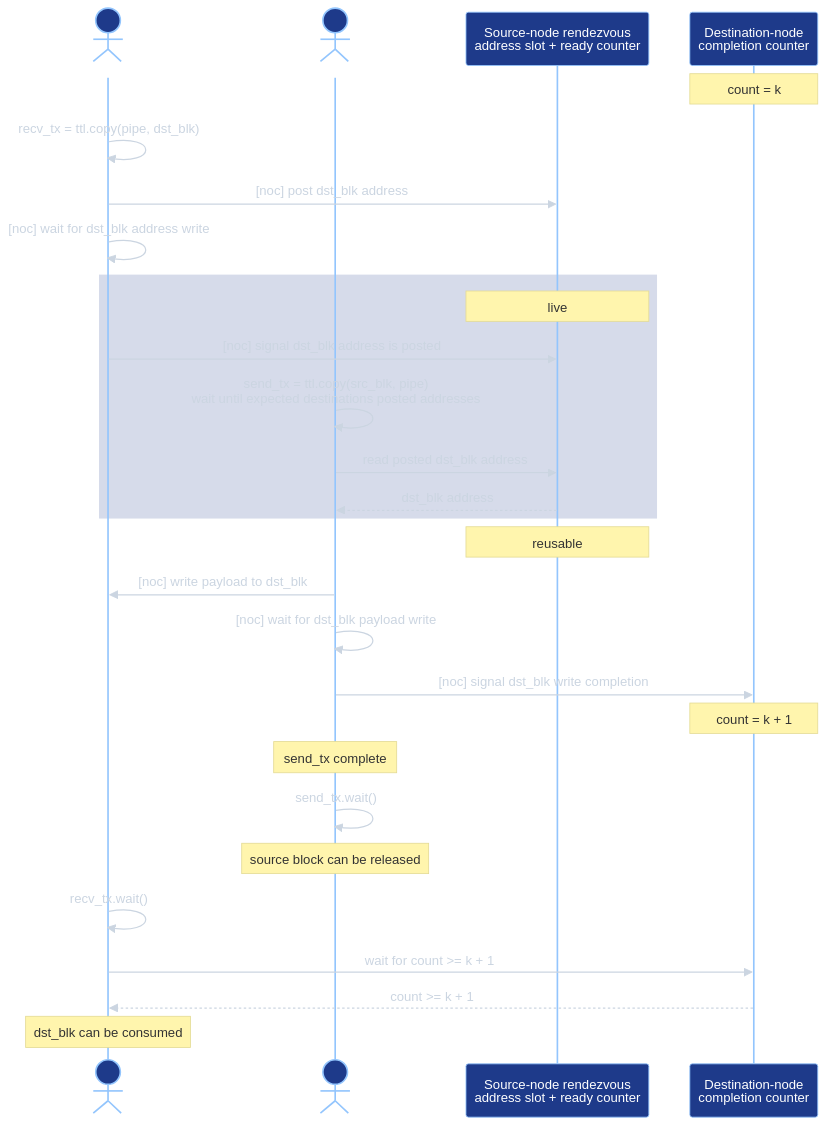
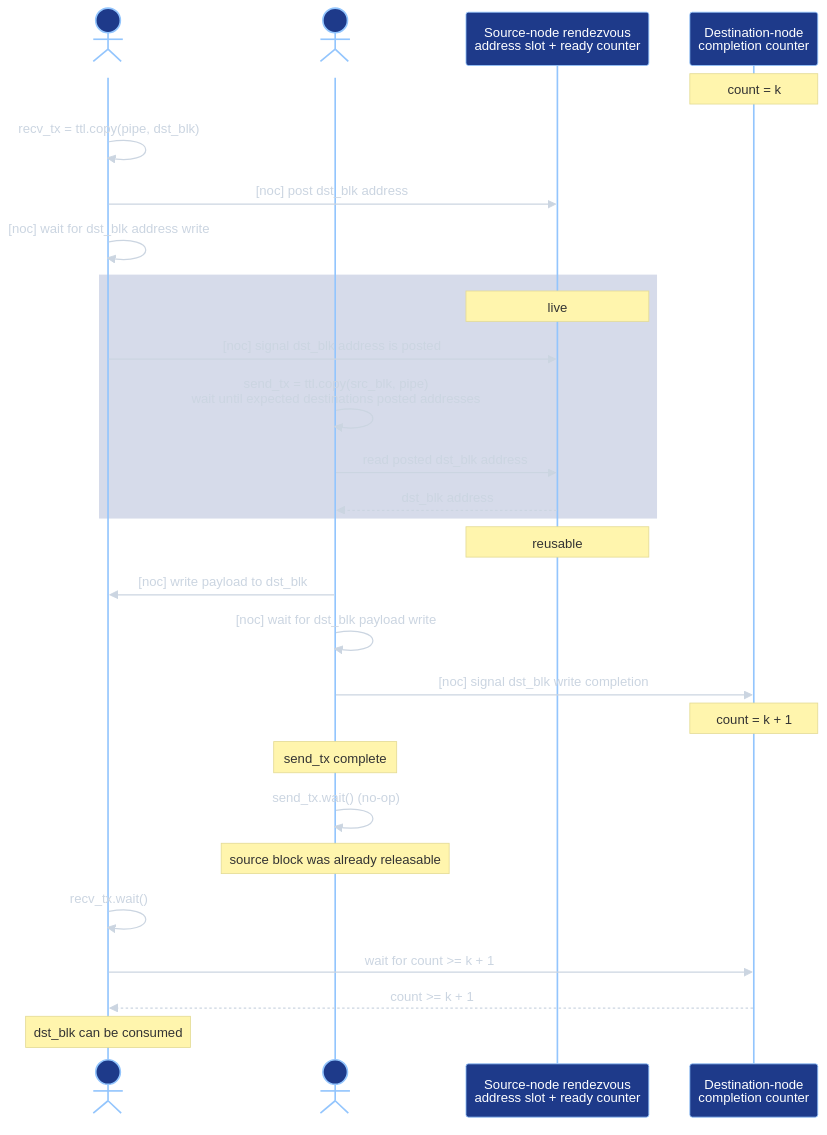
Before and after one commit to tenstorrent/tt-lang: the fifth of 5 diagrams in docs/development/PipeNets.md, drawn with Mermaid. The commit also changed other lines of this file and 2 other files, not shown here.

````diff
--- a/docs/development/PipeNets.md
+++ b/docs/development/PipeNets.md
@@ -309,32 +347,32 @@
 ```mermaid
 %%{init: {"theme": "base", "themeVariables": {"primaryColor": "#1e3a8a", "primaryTextColor": "#ffffff", "primaryBorderColor": "#93c5fd", "lineColor": "#94a3b8", "textColor": "#cbd5e1", "labelTextColor": "#cbd5e1", "edgeLabelBackground": "transparent", "fontSize": "14px"}}}%%
 sequenceDiagram
     actor Destination
     actor Source
     participant Rendezvous as Source-node rendezvous<br/>address slot + ready counter
     participant Completion as Destination-node<br/>completion counter
 
     Note over Completion: count = k
     Destination->>Destination: recv_tx = ttl.copy(pipe, dst_blk)
     Destination->>Rendezvous: [noc] post dst_blk address
     Destination->>Destination: [noc] wait for dst_blk address write
     rect rgba(30, 58, 138, 0.18)
         Note over Rendezvous: live
         Destination->>Rendezvous: [noc] signal dst_blk address is posted
         Source->>Source: send_tx = ttl.copy(src_blk, pipe)<br/>wait until expected destinations posted addresses
         Source->>Rendezvous: read posted dst_blk address
         Rendezvous-->>Source: dst_blk address
     end
     Note over Rendezvous: reusable
     Source->>Destination: [noc] write payload to dst_blk
     Source->>Source: [noc] wait for dst_blk payload write
     Source->>Completion: [noc] signal dst_blk write completion
     Note over Completion: count = k + 1
     Note over Source: send_tx complete
-    Source->>Source: send_tx.wait()
-    Note over Source: source block can be released
+    Source->>Source: send_tx.wait() (no-op)
+    Note over Source: source block was already releasable
     Destination->>Destination: recv_tx.wait()
     Destination->>Completion: wait for count >= k + 1
     Completion-->>Destination: count >= k + 1
     Note over Destination: dst_blk can be consumed
 ```
````
